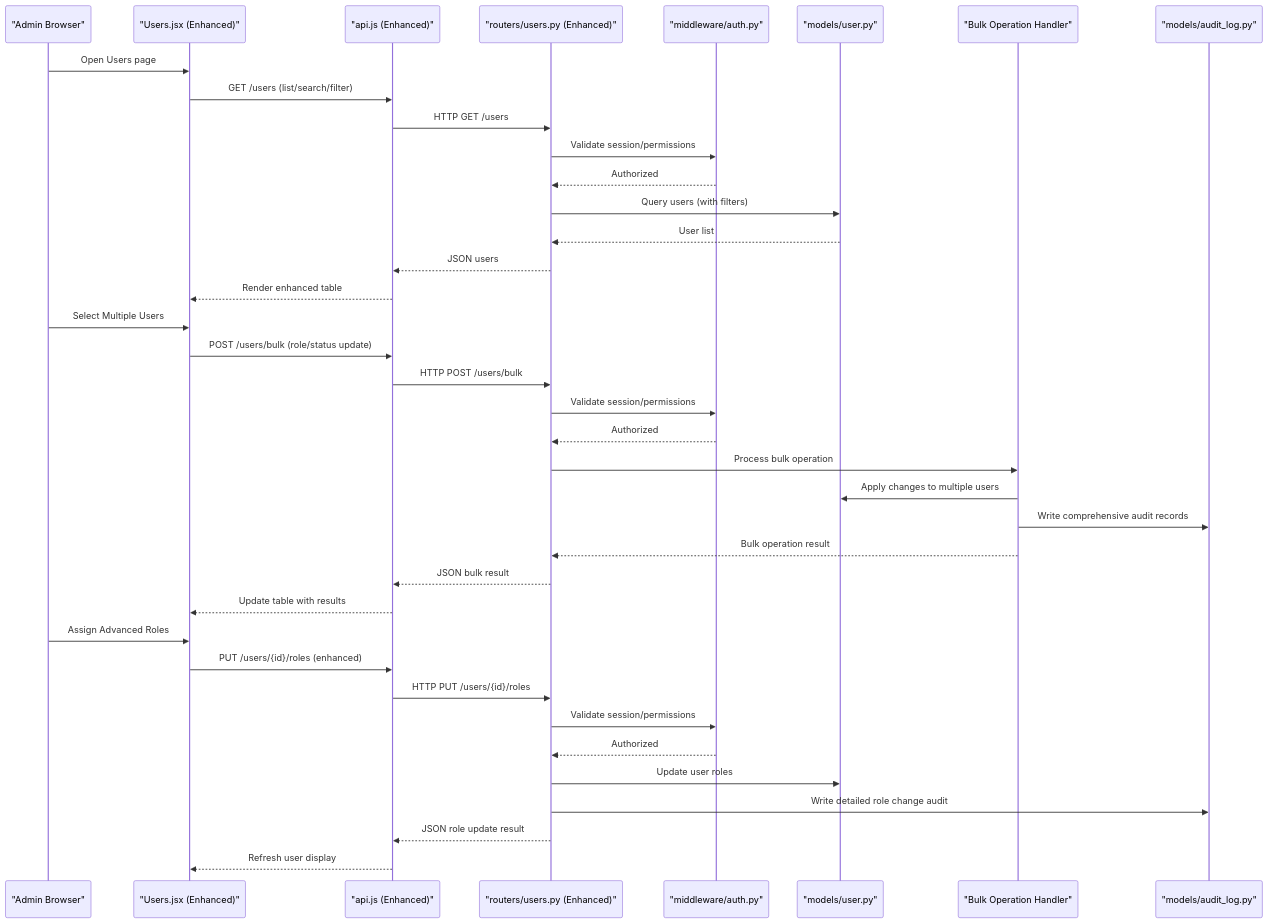
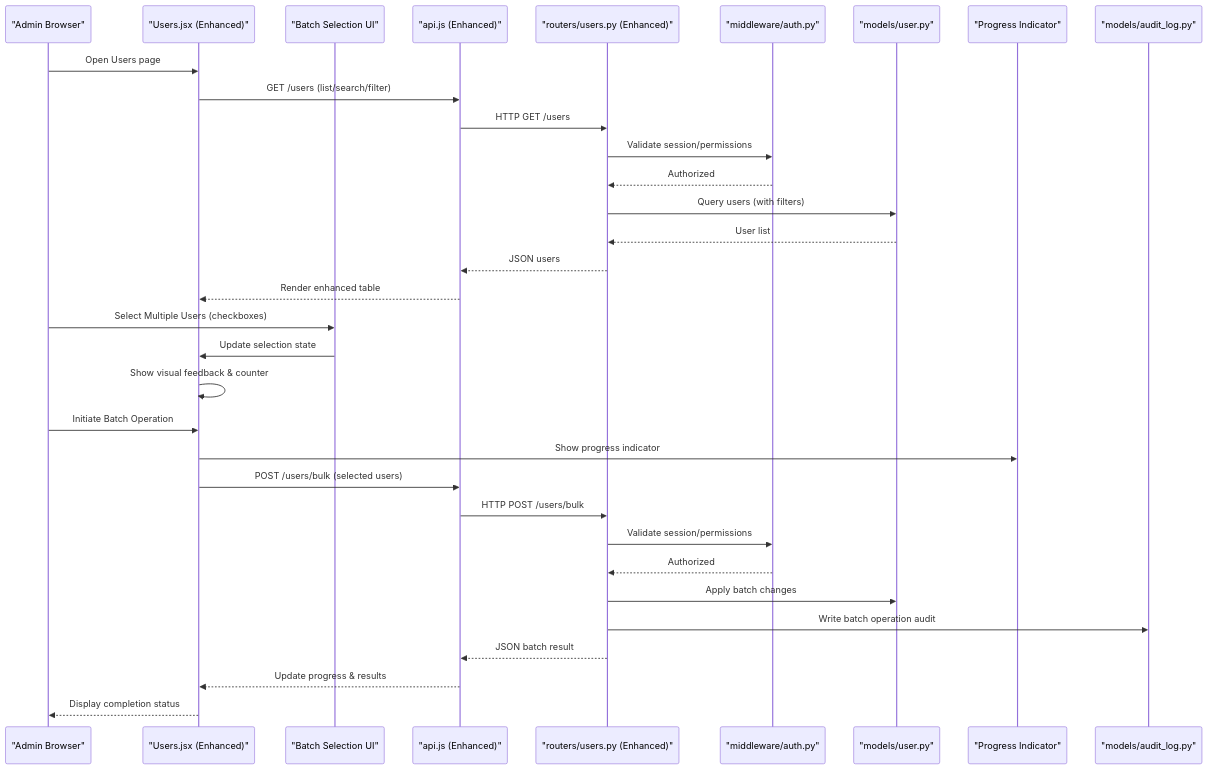
Before and after one commit to 14Lucifer/hackathon_ecs_creator: the second of 8 diagrams in .qoder/repowiki/en/content/Frontend Development/Page Components & Routing/User Management Interface.md, drawn with Mermaid. The commit also changed other lines of this file and 96 other files, not shown here.

````diff
--- a/.qoder/repowiki/en/content/Frontend Development/Page Components & Routing/User Management Interface.md
+++ b/.qoder/repowiki/en/content/Frontend Development/Page Components & Routing/User Management Interface.md
@@ -126,40 +135,35 @@
 ```mermaid
 sequenceDiagram
 participant Admin as "Admin Browser"
 participant UI as "Users.jsx (Enhanced)"
+participant BatchSel as "Batch Selection UI"
 participant Client as "api.js (Enhanced)"
 participant Router as "routers/users.py (Enhanced)"
 participant Auth as "middleware/auth.py"
 participant Model as "models/user.py"
-participant BulkHandler as "Bulk Operation Handler"
+participant Progress as "Progress Indicator"
 participant Audit as "models/audit_log.py"
 Admin->>UI : Open Users page
 UI->>Client : GET /users (list/search/filter)
 Client->>Router : HTTP GET /users
 Router->>Auth : Validate session/permissions
 Auth-->>Router : Authorized
 Router->>Model : Query users (with filters)
 Model-->>Router : User list
 Router-->>Client : JSON users
 Client-->>UI : Render enhanced table
-Admin->>UI : Select Multiple Users
-UI->>Client : POST /users/bulk (role/status update)
+Admin->>BatchSel : Select Multiple Users (checkboxes)
+BatchSel->>UI : Update selection state
+UI->>UI : Show visual feedback & counter
+Admin->>UI : Initiate Batch Operation
+UI->>Progress : Show progress indicator
+UI->>Client : POST /users/bulk (selected users)
 Client->>Router : HTTP POST /users/bulk
 Router->>Auth : Validate session/permissions
 Auth-->>Router : Authorized
-Router->>BulkHandler : Process bulk operation
-BulkHandler->>Model : Apply changes to multiple users
-BulkHandler->>Audit : Write comprehensive audit records
-BulkHandler-->>Router : Bulk operation result
-Router-->>Client : JSON bulk result
-Client-->>UI : Update table with results
-Admin->>UI : Assign Advanced Roles
-UI->>Client : PUT /users/{id}/roles (enhanced)
-Client->>Router : HTTP PUT /users/{id}/roles
-Router->>Auth : Validate session/permissions
-Auth-->>Router : Authorized
-Router->>Model : Update user roles
-Router->>Audit : Write detailed role change audit
-Router-->>Client : JSON role update result
-Client-->>UI : Refresh user display
+Router->>Model : Apply batch changes
+Router->>Audit : Write batch operation audit
+Router-->>Client : JSON batch result
+Client-->>UI : Update progress & results
+UI-->>Admin : Display completion status
 ```
````
